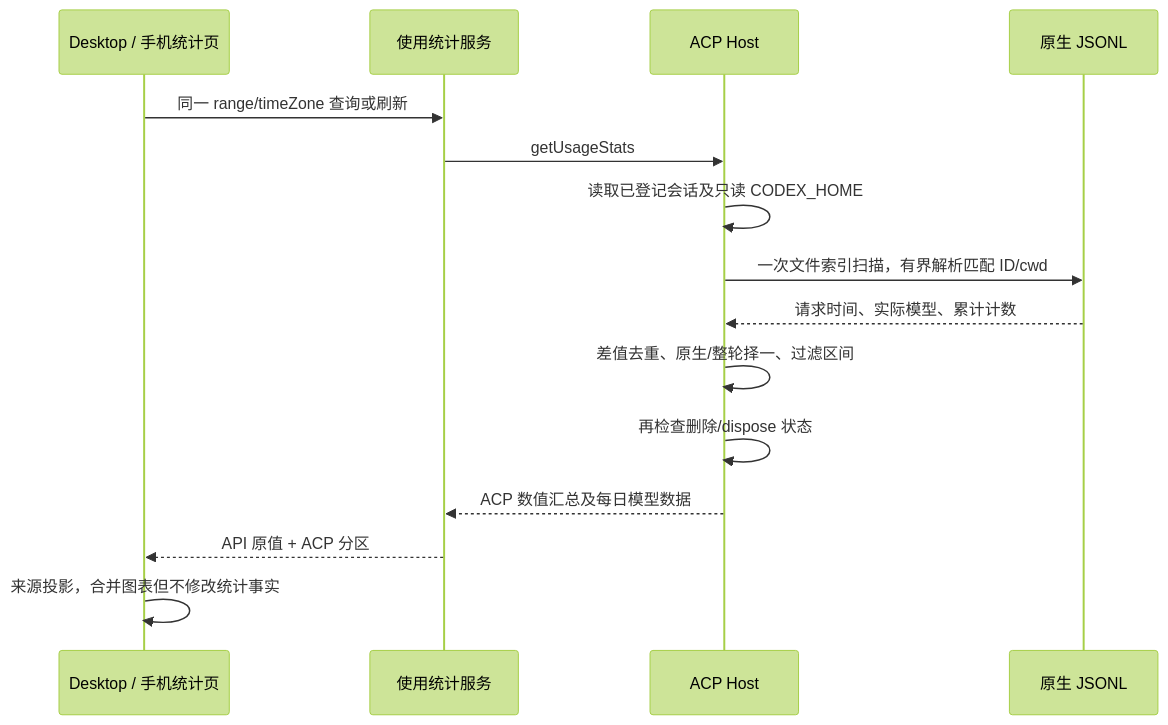
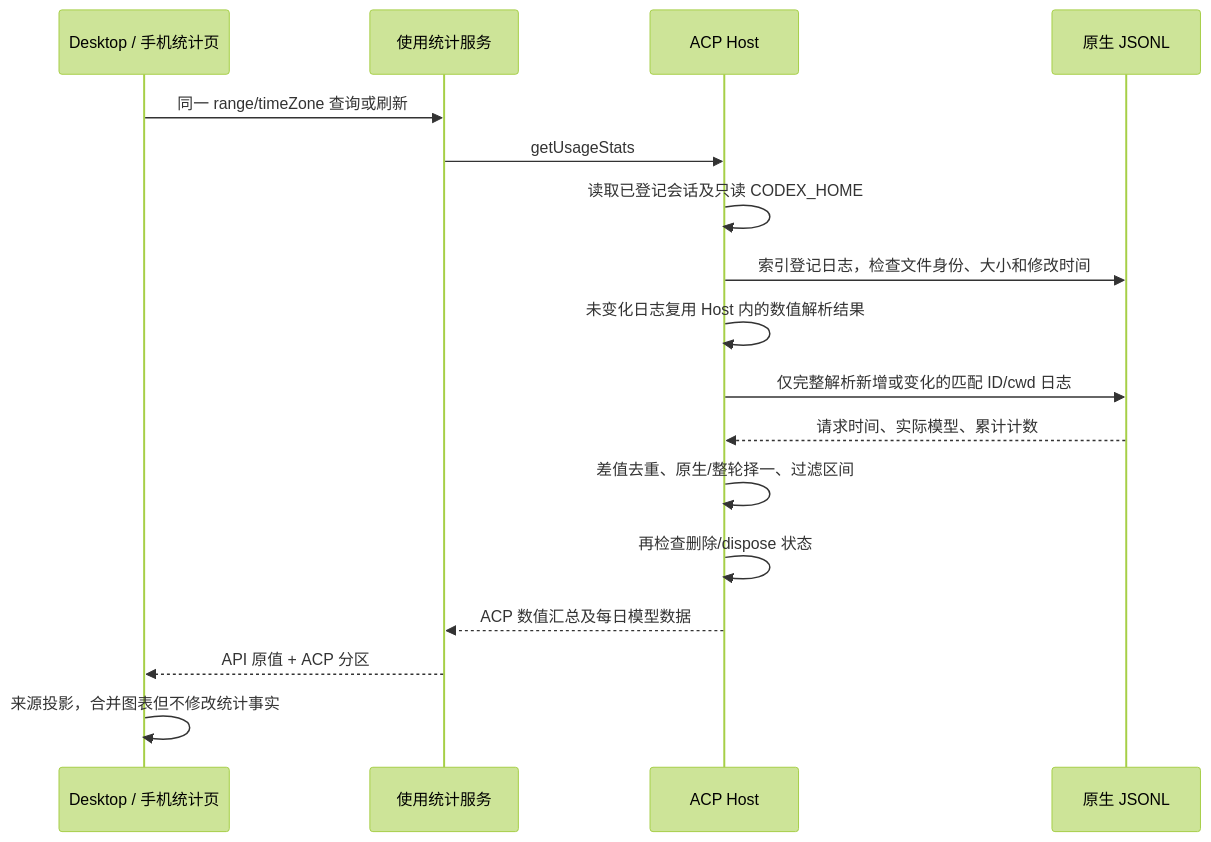
The diagram in docs/specs/acp-app-usage.md (caiqiqqq/CodeVori), drawn with Mermaid (forest theme) before and after one commit. The commit also changed other lines of this file and 3 other files, not shown here.

````diff
--- a/docs/specs/acp-app-usage.md
+++ b/docs/specs/acp-app-usage.md
@@ -17,17 +17,19 @@
 ```mermaid
 sequenceDiagram
   participant U as Desktop / 手机统计页
   participant S as 使用统计服务
   participant H as ACP Host
   participant F as 原生 JSONL
   U->>S: 同一 range/timeZone 查询或刷新
   S->>H: getUsageStats
   H->>H: 读取已登记会话及只读 CODEX_HOME
-  H->>F: 一次文件索引扫描，有界解析匹配 ID/cwd
+  H->>F: 索引登记日志，检查文件身份、大小和修改时间
+  H->>H: 未变化日志复用 Host 内的数值解析结果
+  H->>F: 仅完整解析新增或变化的匹配 ID/cwd 日志
   F-->>H: 请求时间、实际模型、累计计数
   H->>H: 差值去重、原生/整轮择一、过滤区间
   H->>H: 再检查删除/dispose 状态
   H-->>S: ACP 数值汇总及每日模型数据
   S-->>U: API 原值 + ACP 分区
   U->>U: 来源投影，合并图表但不修改统计事实
 ```
````
